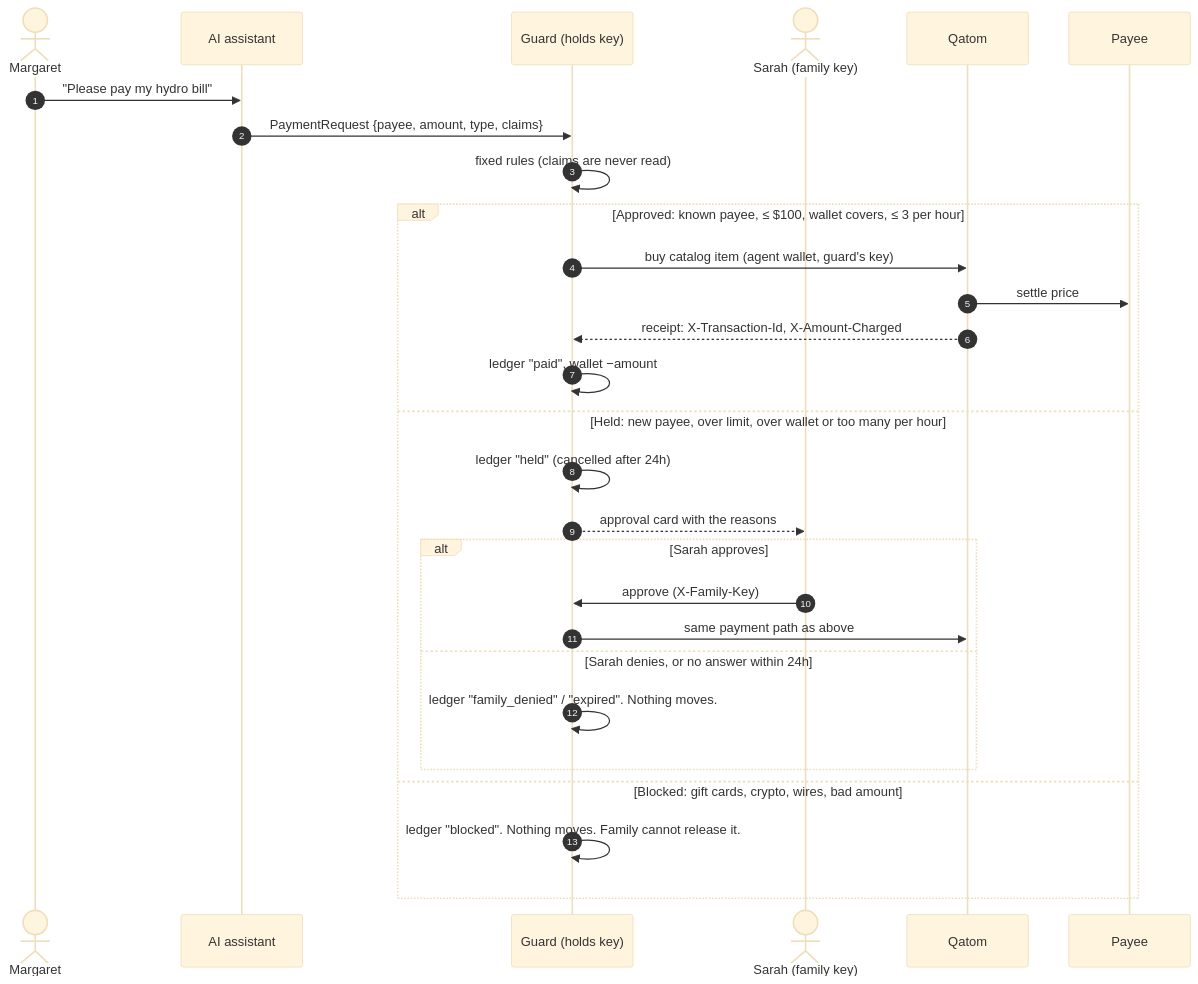
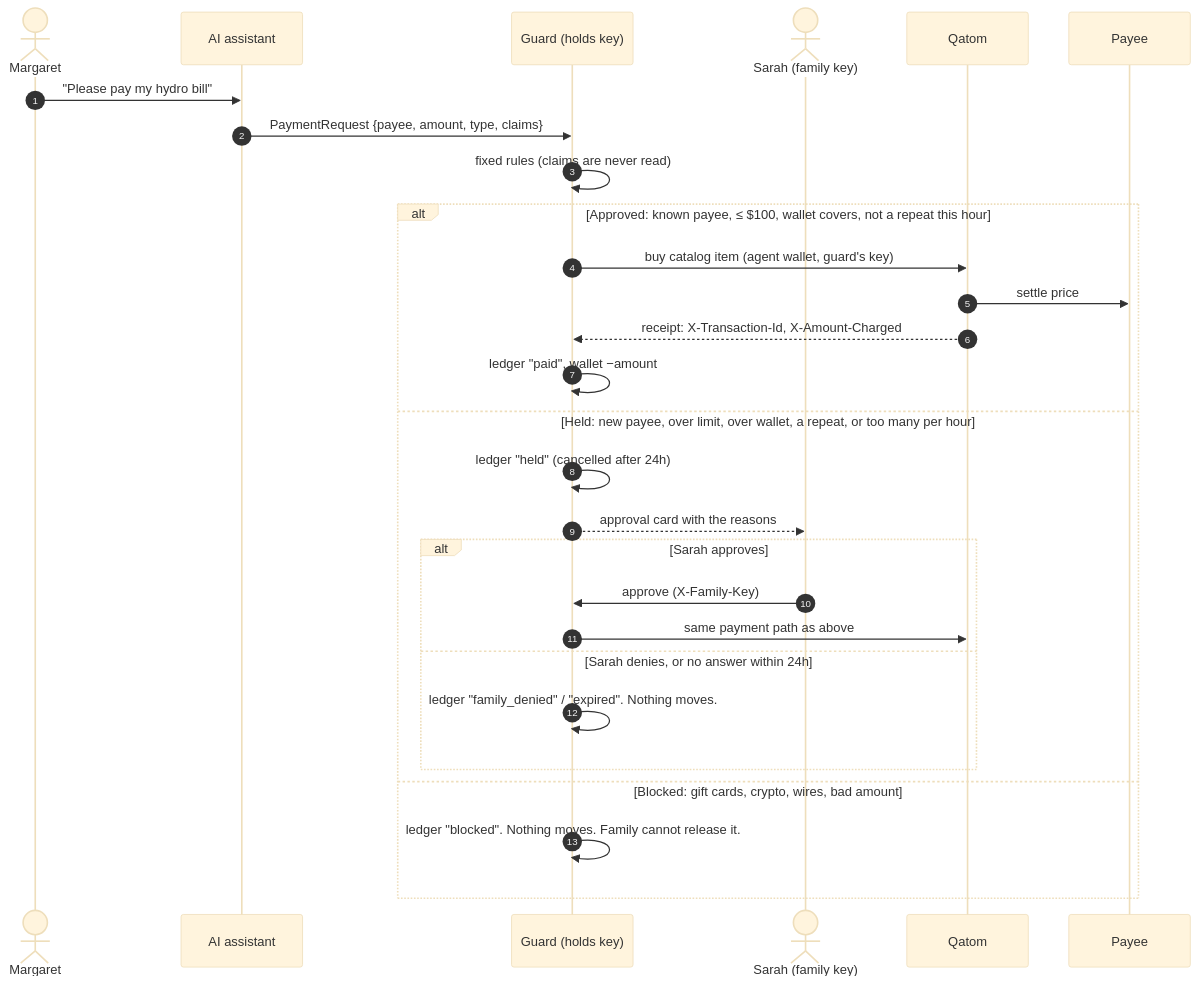
Before and after one commit to caij3/Agentic-Payments: the second of 3 diagrams in PAYMENT_FLOW.md, drawn with Mermaid (base theme). The commit also changed 12 other files, not shown here.

First line of the commit message:
Repeat-payee rule replaces the flat 3-an-hour limit; tidy guard panel

````diff
--- a/PAYMENT_FLOW.md
+++ b/PAYMENT_FLOW.md
@@ -35,32 +35,32 @@
 ```mermaid
 sequenceDiagram
     autonumber
     actor M as Margaret
     participant A as AI assistant
     participant G as Guard (holds key)
     actor F as Sarah (family key)
     participant Q as Qatom
     participant P as Payee
 
     M->>A: "Please pay my hydro bill"
     A->>G: PaymentRequest {payee, amount, type, claims}
     G->>G: fixed rules (claims are never read)
 
-    alt Approved: known payee, ≤ $100, wallet covers, ≤ 3 per hour
+    alt Approved: known payee, ≤ $100, wallet covers, not a repeat this hour
         G->>Q: buy catalog item (agent wallet, guard's key)
         Q->>P: settle price
         Q-->>G: receipt: X-Transaction-Id, X-Amount-Charged
         G->>G: ledger "paid", wallet −amount
-    else Held: new payee, over limit, over wallet or too many per hour
+    else Held: new payee, over limit, over wallet, a repeat, or too many per hour
         G->>G: ledger "held" (cancelled after 24h)
         G-->>F: approval card with the reasons
         alt Sarah approves
             F->>G: approve (X-Family-Key)
             G->>Q: same payment path as above
         else Sarah denies, or no answer within 24h
             G->>G: ledger "family_denied" / "expired". Nothing moves.
         end
     else Blocked: gift cards, crypto, wires, bad amount
         G->>G: ledger "blocked". Nothing moves. Family cannot release it.
     end
 ```
````
